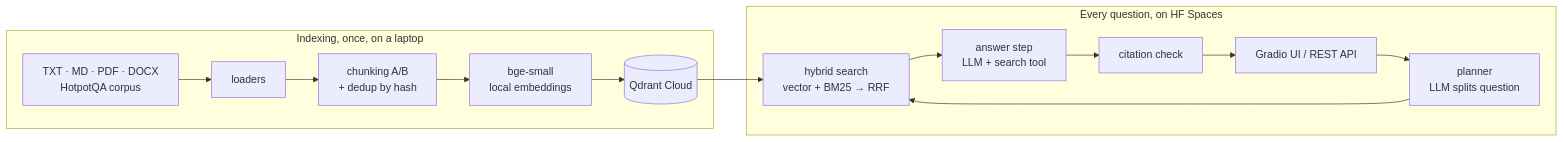
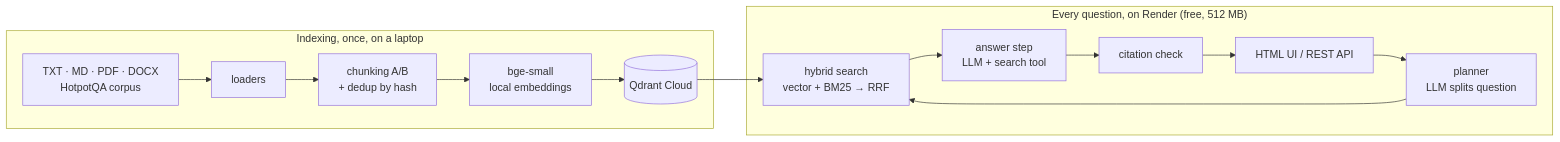
Before and after one commit to GrigorevVA/investigation-engine: the diagram in README.md, drawn with Mermaid. The commit also changed other lines of this file and 9 other files, not shown here.

First line of the commit message:
Deploy on Render free: render.yaml, $PORT, /api/ping, index loads at boot; ADR 0008

````diff
--- a/README.md
+++ b/README.md
@@ -23,10 +13,10 @@
 ```mermaid
 flowchart LR
   subgraph Indexing["Indexing, once, on a laptop"]
     F[TXT · MD · PDF · DOCX<br/>HotpotQA corpus] --> L[loaders] --> C[chunking A/B<br/>+ dedup by hash] --> E[bge-small<br/>local embeddings] --> Q[(Qdrant Cloud)]
   end
-  subgraph Query["Every question, on HF Spaces"]
-    U[Gradio UI / REST API] --> P[planner<br/>LLM splits question] --> S[hybrid search<br/>vector + BM25 → RRF] --> A[answer step<br/>LLM + search tool] --> V[citation check] --> U
+  subgraph Query["Every question, on Render (free, 512 MB)"]
+    U[HTML UI / REST API] --> P[planner<br/>LLM splits question] --> S[hybrid search<br/>vector + BM25 → RRF] --> A[answer step<br/>LLM + search tool] --> V[citation check] --> U
   end
   Q --> S
 ```
````
